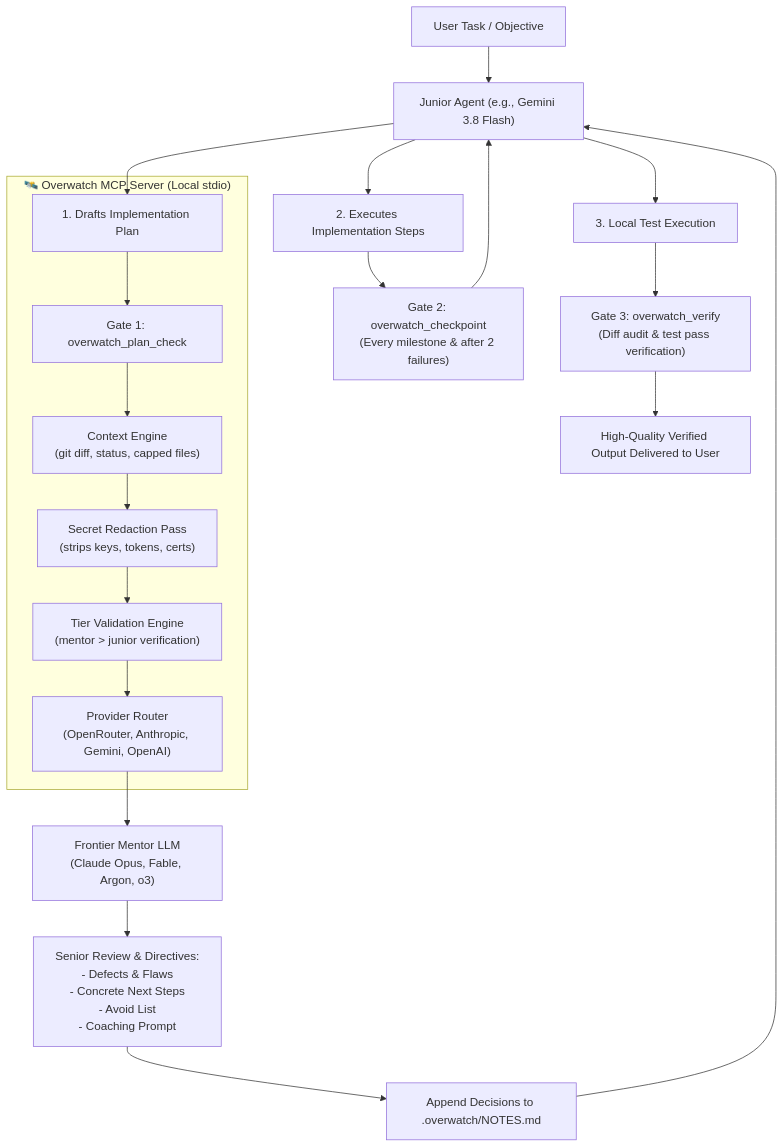
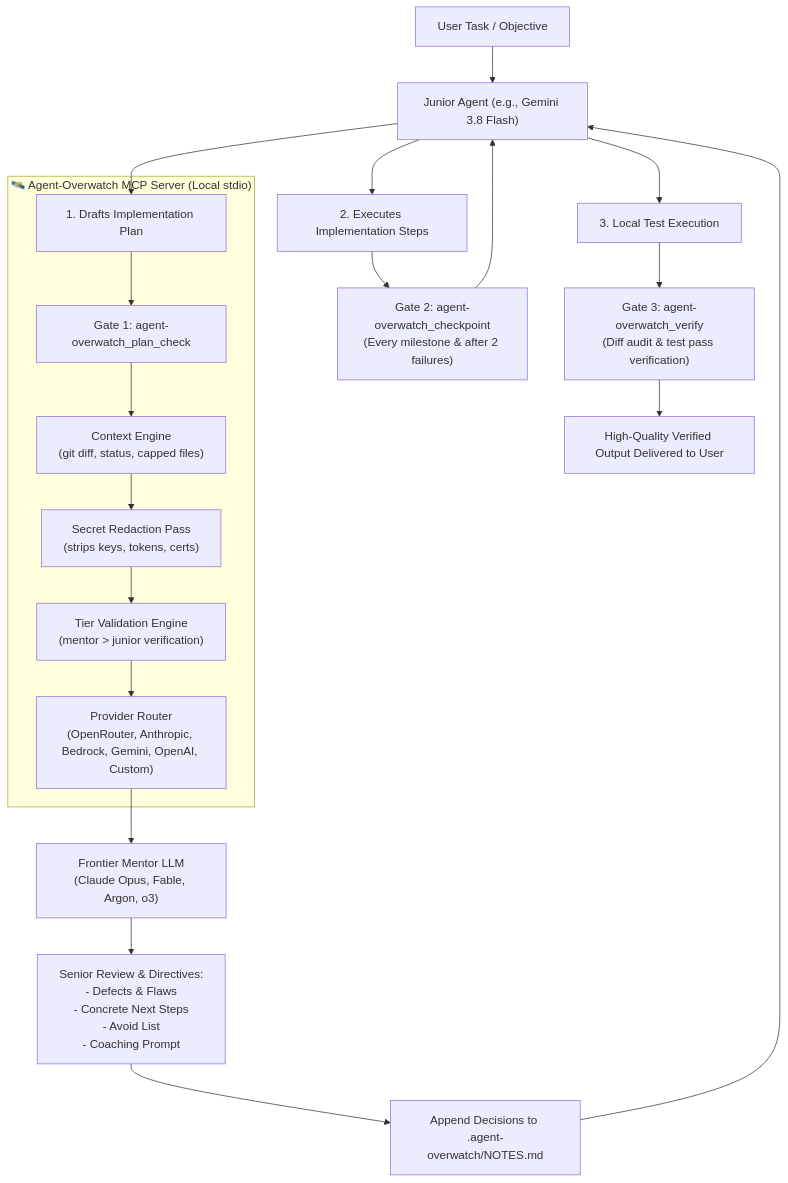
Before and after one commit to faisalforreal/agent-overwatch: the diagram in README.md, drawn with Mermaid. The commit also changed other lines of this file, not shown here.

Commit message:
docs: update README with agent-overwatch branding and GitHub links

````diff
--- a/README.md
+++ b/README.md
@@ -23,26 +23,26 @@
 ```mermaid
 flowchart TD
     User["User Task / Objective"] --> Junior["Junior Agent (e.g., Gemini 3.8 Flash)"]
     Junior --> Plan["1. Drafts Implementation Plan"]
     
-    subgraph OverwatchCore["🛰️ Overwatch MCP Server (Local stdio)"]
-        Plan --> CheckPlan["Gate 1: overwatch_plan_check"]
+    subgraph OverwatchCore["🛰️ Agent-Overwatch MCP Server (Local stdio)"]
+        Plan --> CheckPlan["Gate 1: agent-overwatch_plan_check"]
         CheckPlan --> ContextGather["Context Engine\n(git diff, status, capped files)"]
         ContextGather --> Redact["Secret Redaction Pass\n(strips keys, tokens, certs)"]
         Redact --> TierEngine["Tier Validation Engine\n(mentor > junior verification)"]
-        TierEngine --> ProviderRouter["Provider Router\n(OpenRouter, Anthropic, Gemini, OpenAI)"]
+        TierEngine --> ProviderRouter["Provider Router\n(OpenRouter, Anthropic, Bedrock, Gemini, OpenAI, Custom)"]
     end
     
     ProviderRouter --> Mentor["Frontier Mentor LLM\n(Claude Opus, Fable, Argon, o3)"]
     Mentor --> Critique["Senior Review & Directives:\n- Defects & Flaws\n- Concrete Next Steps\n- Avoid List\n- Coaching Prompt"]
-    Critique --> SaveNotes["Append Decisions to .overwatch/NOTES.md"]
+    Critique --> SaveNotes["Append Decisions to .agent-overwatch/NOTES.md"]
     SaveNotes --> Junior
     
     Junior --> Implement["2. Executes Implementation Steps"]
-    Implement --> MilestoneCheck["Gate 2: overwatch_checkpoint\n(Every milestone & after 2 failures)"]
+    Implement --> MilestoneCheck["Gate 2: agent-overwatch_checkpoint\n(Every milestone & after 2 failures)"]
     MilestoneCheck --> Junior
     
     Junior --> Tests["3. Local Test Execution"]
-    Tests --> VerifyGate["Gate 3: overwatch_verify\n(Diff audit & test pass verification)"]
+    Tests --> VerifyGate["Gate 3: agent-overwatch_verify\n(Diff audit & test pass verification)"]
     VerifyGate --> Finished["High-Quality Verified Output Delivered to User"]
 ```
````
